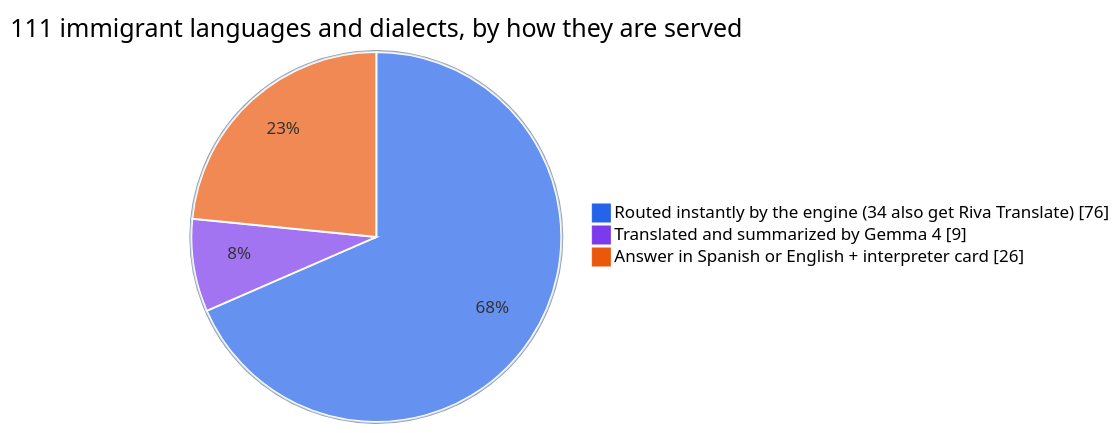
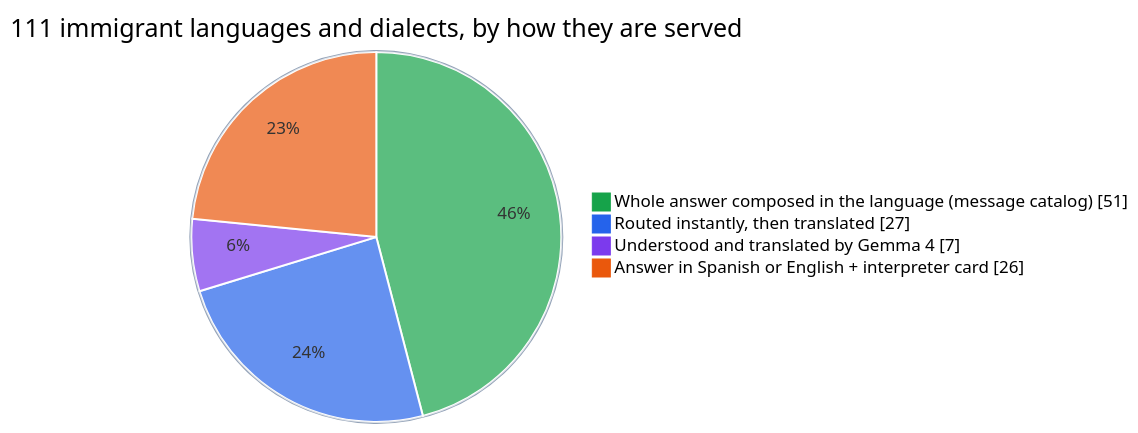
One commit to Anbu-00001/CivicMesh changed the third of 9 diagrams in README.md. Above: the diagram before and after it, drawn with Mermaid. The commit also changed other lines of this file and 73 other files, not shown here.

````diff
--- a/README.md
+++ b/README.md
@@ -169,8 +172,9 @@
 ```mermaid
-%%{init: {"themeVariables": {"pie1": "#2563eb", "pie2": "#7c3aed", "pie3": "#ea580c", "pieStrokeColor": "#ffffff", "pieOuterStrokeColor": "#94a3b8"}}}%%
+%%{init: {"themeVariables": {"pie1": "#16a34a", "pie2": "#2563eb", "pie3": "#7c3aed", "pie4": "#ea580c", "pieStrokeColor": "#ffffff", "pieOuterStrokeColor": "#94a3b8"}}}%%
 pie showData
     title 111 immigrant languages and dialects, by how they are served
-    "Routed instantly by the engine (34 also get Riva Translate)" : 76
-    "Translated and summarized by Gemma 4" : 9
+    "Whole answer composed in the language (message catalog)" : 51
+    "Routed instantly, then translated" : 27
+    "Understood and translated by Gemma 4" : 7
     "Answer in Spanish or English + interpreter card" : 26
 ```
````
